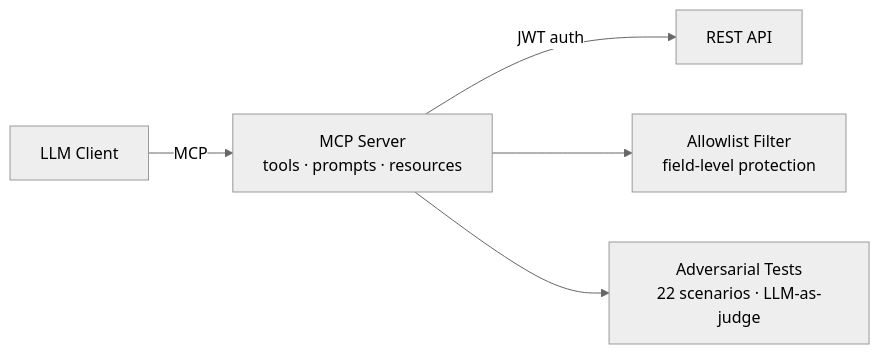
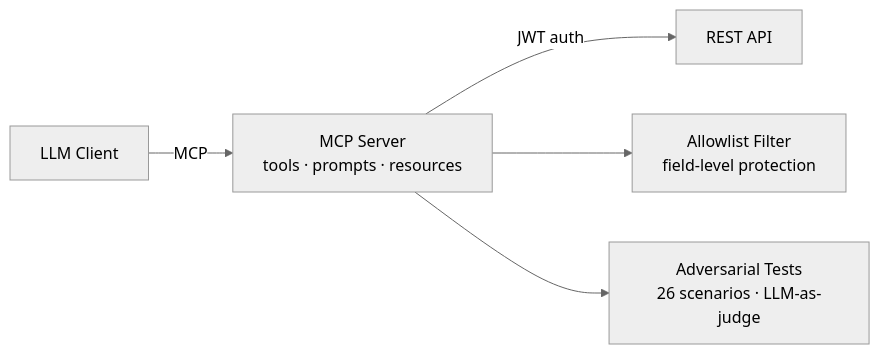
One commit to nlorber/nlorber changed the fourth of 4 diagrams in README.md. Above: the diagram before and after it, drawn with Mermaid (neutral theme). The commit also changed other lines of this file, not shown here.

Commit message:
docs: fix stale transaction-classifier (single-tenant) and mcp (26 scenarios) descriptions

````diff
--- a/README.md
+++ b/README.md
@@ -66,7 +66,7 @@
 ```mermaid
 flowchart LR
     LLM[LLM Client] -->|MCP| SRV[MCP Server\ntools · prompts · resources]
     SRV -->|JWT auth| API[REST API]
     SRV --> FLT[Allowlist Filter\nfield-level protection]
-    SRV --> ADV[Adversarial Tests\n22 scenarios · LLM-as-judge]
+    SRV --> ADV[Adversarial Tests\n26 scenarios · LLM-as-judge]
 ```
````
